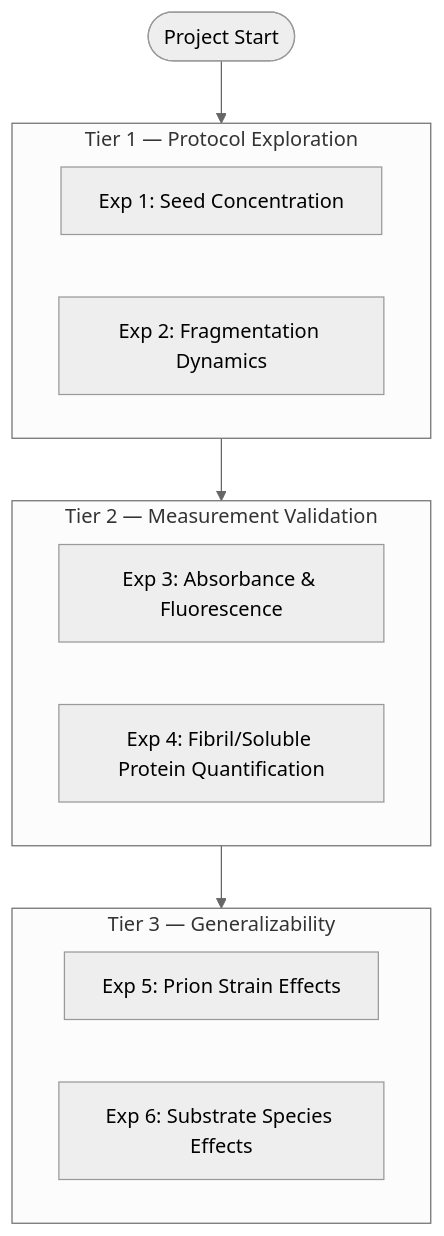
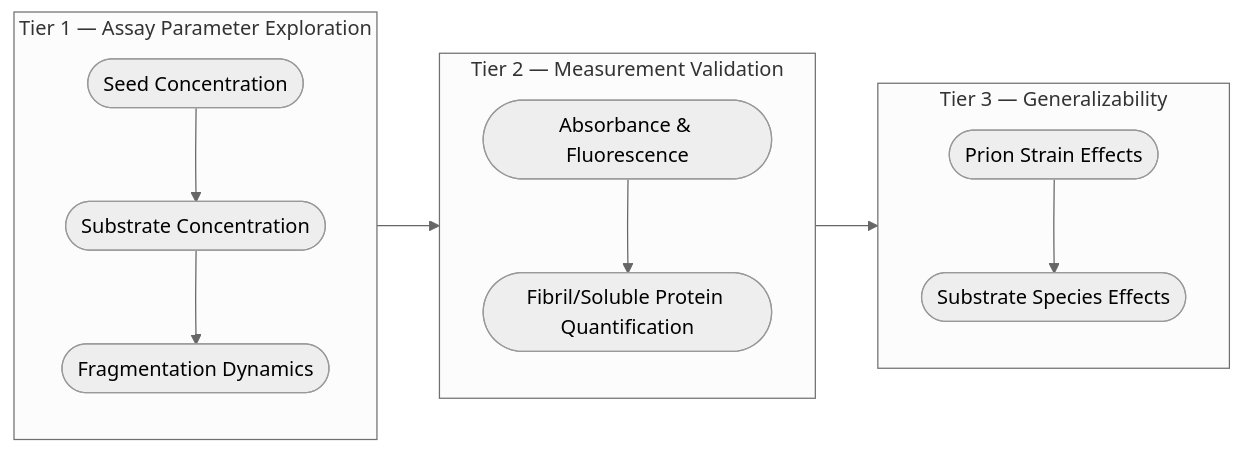
The diagram in roadmap.qmd (gage1145/HAL-QuIC), drawn with Mermaid (neutral theme) before and after one commit. The commit also changed other lines of this file and 5 other files, not shown here.

````diff
--- a/roadmap.qmd
+++ b/roadmap.qmd
@@ -25,23 +24,28 @@
 ```{mermaid}
-flowchart TD
-    Start([Project Start])
+flowchart LR
+  subgraph T1["Tier 1 — Assay Parameter Exploration"]
+    direction TB
+    E1(["Seed Concentration"])
+    E2(["Fragmentation Dynamics"])
+    E7(["Substrate Concentration"])
+    E1-->E7
+    E7-->E2
+  end
 
-    subgraph T1["Tier 1 — Protocol Exploration"]
-        E1["Exp 1: Seed Concentration"]
-        E2["Exp 2: Fragmentation Dynamics"]
-    end
+  subgraph T2["Tier 2 — Measurement Validation"]
+    direction TB
+    E3(["Absorbance & Fluorescence"])
+    E4(["Fibril/Soluble Protein Quantification"])
+    E3-->E4
+  end
 
-    subgraph T2["Tier 2 — Measurement Validation"]
-        E3["Exp 3: Absorbance & Fluorescence"]
-        E4["Exp 4: Fibril/Soluble Protein Quantification"]
-    end
+  subgraph T3["Tier 3 — Generalizability"]
+    direction TB
+    E5(["Prion Strain Effects"])
+    E6(["Substrate Species Effects"])
+    E5-->E6
+  end
 
-    subgraph T3["Tier 3 — Generalizability"]
-        E5["Exp 5: Prion Strain Effects"]
-        E6["Exp 6: Substrate Species Effects"]
-    end
-
-    Start --> T1
-    T1 --> T2
-    T2 --> T3
+  T1 --> T2
+  T2 --> T3
 ```
````
